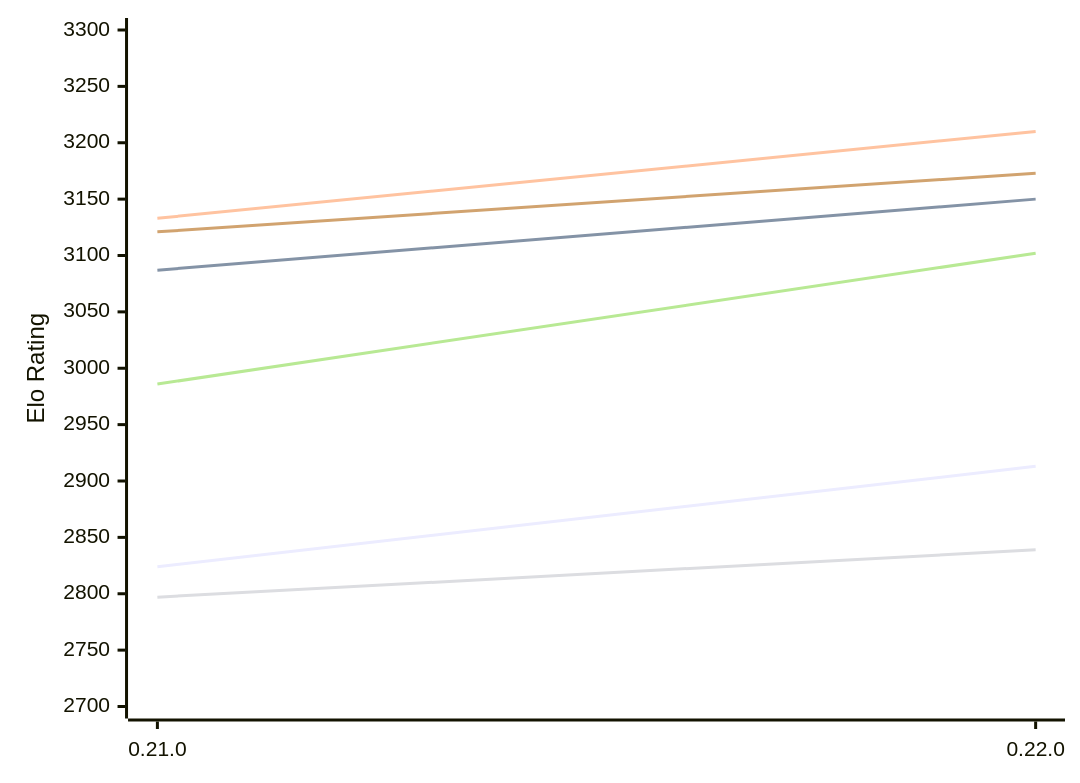
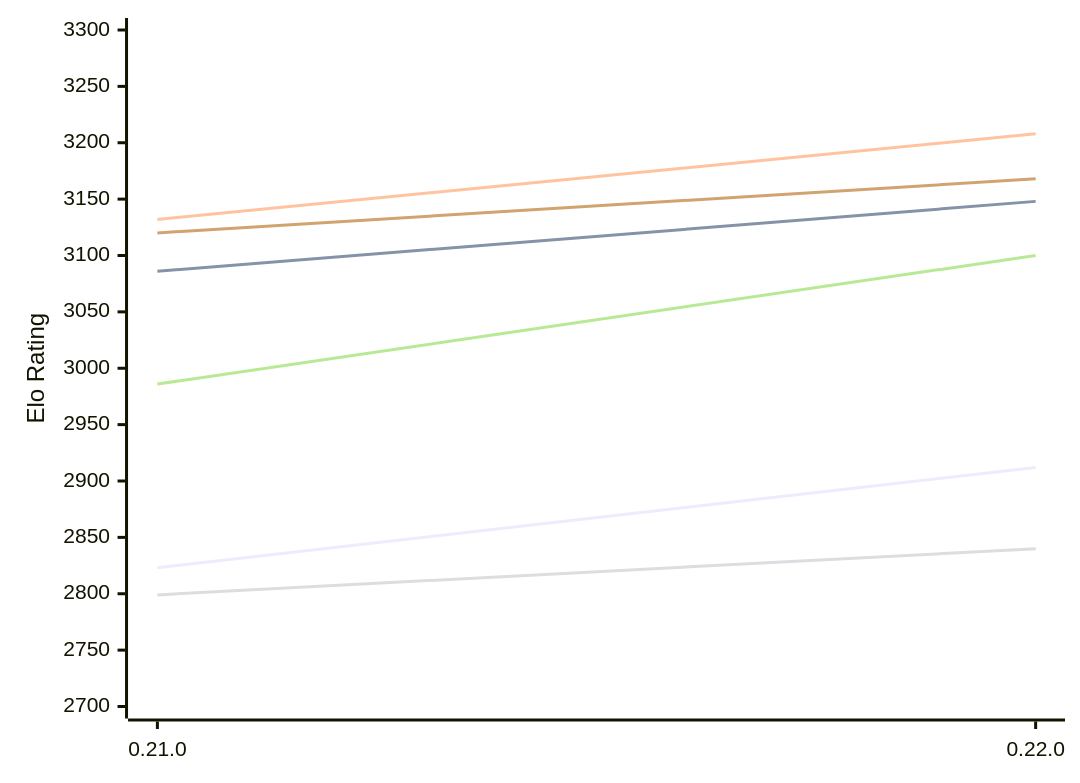
One commit to computer-chess-index/cci changed the first of 2 diagrams in engines/Princhess.md. Above: the diagram before and after it, drawn with Mermaid. The commit also changed other lines of this file, not shown here.

Commit message:
Update CCI Ratings (ELO VLTC) - 2026-11-19

````diff
--- a/engines/Princhess.md
+++ b/engines/Princhess.md
@@ -50,12 +50,12 @@
 ```mermaid
 %%{init: {"theme":"base","themeVariables":{"seriesColors:['#a3a3a3','#222221','#faa371']}}}%%
 xychart-beta
   x-axis ["0.21.0", "0.22.0"]
   y-axis "Elo Rating" 2700 --> 3300
-  line "E1: STC (8.0+0.08s)" [2824, 2913]
-  line "E1: LTC (60.0+0.60s)" [3087, 3150]
-  line "E1: VLTC (2m24s+1.12s)" [3133, 3210]
-  line "P1: STC (8.0+0.08s)" [2797, 2839]
-  line "P1: LTC (60.0+0.60s)" [2986, 3102]
-  line "P1: VLTC (2m24s+1.12s)" [3121, 3173]
+  line "E1: STC (8.0+0.08s)" [2823, 2912]
+  line "E1: LTC (60.0+0.60s)" [3086, 3148]
+  line "E1: VLTC (2m24s+1.12s)" [3132, 3208]
+  line "P1: STC (8.0+0.08s)" [2799, 2840]
+  line "P1: LTC (60.0+0.60s)" [2986, 3100]
+  line "P1: VLTC (2m24s+1.12s)" [3120, 3168]
 ```
````
